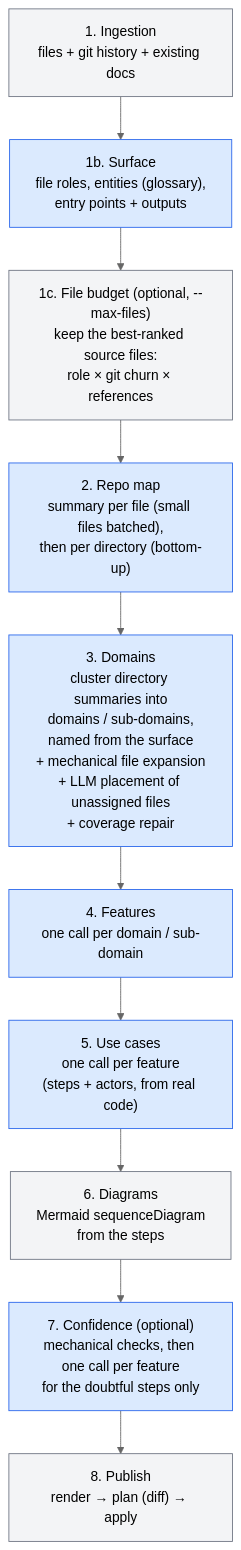
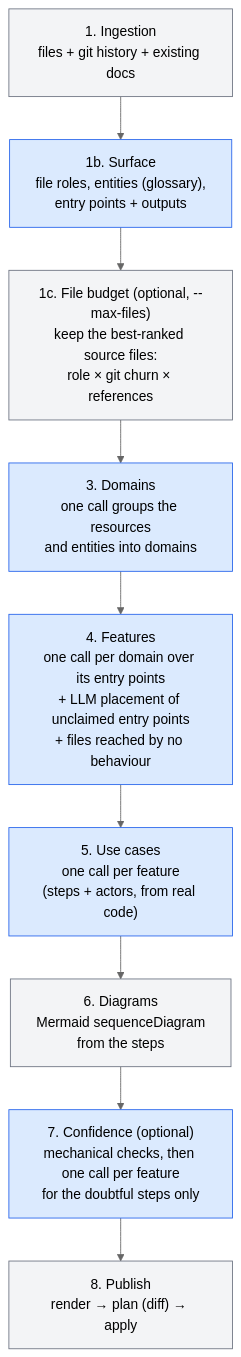
One commit to Electron-libre/RetroDoc changed the fourth of 9 diagrams in docs/ARCHITECTURE.md. Above: the diagram before and after it, drawn with Mermaid (neutral theme). The commit also changed other lines of this file and 27 other files, not shown here.

````diff
--- a/docs/ARCHITECTURE.md
+++ b/docs/ARCHITECTURE.md
@@ -108,18 +108,17 @@
 ```mermaid
 flowchart TD
     A["1. Ingestion<br/>files + git history + existing docs"]:::det
     S["1b. Surface<br/>file roles, entities (glossary),<br/>entry points + outputs"]:::llm
     K["1c. File budget (optional, --max-files)<br/>keep the best-ranked source files:<br/>role × git churn × references"]:::det
-    B["2. Repo map<br/>summary per file (small files batched),<br/>then per directory (bottom-up)"]:::llm
-    C["3. Domains<br/>cluster directory summaries into<br/>domains / sub-domains,<br/>named from the surface<br/>+ mechanical file expansion<br/>+ LLM placement of unassigned files<br/>+ coverage repair"]:::llm
-    D["4. Features<br/>one call per domain / sub-domain"]:::llm
+    C["3. Domains<br/>one call groups the resources<br/>and entities into domains"]:::llm
+    D["4. Features<br/>one call per domain over its entry points<br/>+ LLM placement of unclaimed entry points<br/>+ files reached by no behaviour"]:::llm
     E["5. Use cases<br/>one call per feature<br/>(steps + actors, from real code)"]:::llm
     F["6. Diagrams<br/>Mermaid sequenceDiagram<br/>from the steps"]:::det
     G["7. Confidence (optional)<br/>mechanical checks, then one call per feature<br/>for the doubtful steps only"]:::llm
     H["8. Publish<br/>render → plan (diff) → apply"]:::det
 
-    A --> S --> K --> B --> C --> D --> E --> F --> G --> H
+    A --> S --> K --> C --> D --> E --> F --> G --> H
 
     classDef llm fill:#dbeafe,stroke:#2563eb,color:#000
     classDef det fill:#f3f4f6,stroke:#6b7280,color:#000
 ```
````
